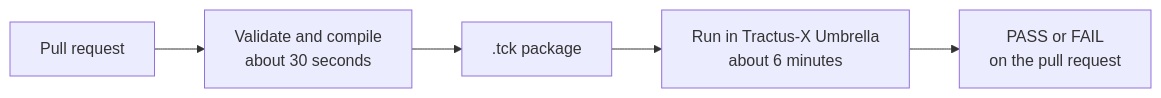
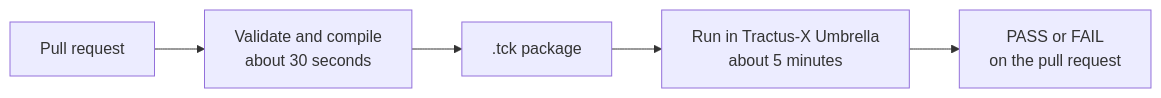
Before and after one commit to eclipse-tractusx/tutorial-resources: the diagram in e2e-testing/docs/reference/workflow.md, drawn with Mermaid. The commit also changed other lines of this file and 64 other files, not shown here.

````diff
--- a/e2e-testing/docs/reference/workflow.md
+++ b/e2e-testing/docs/reference/workflow.md
@@ -43,7 +43,7 @@
 ```mermaid
 flowchart LR
     PR["Pull request"] --> V["Validate and compile<br/>about 30 seconds"]
     V --> P[".tck package"]
-    P --> E["Run in Tractus-X Umbrella<br/>about 6 minutes"]
+    P --> E["Run in Tractus-X Umbrella<br/>about 5 minutes"]
     E --> R["PASS or FAIL<br/>on the pull request"]
 ```
````
